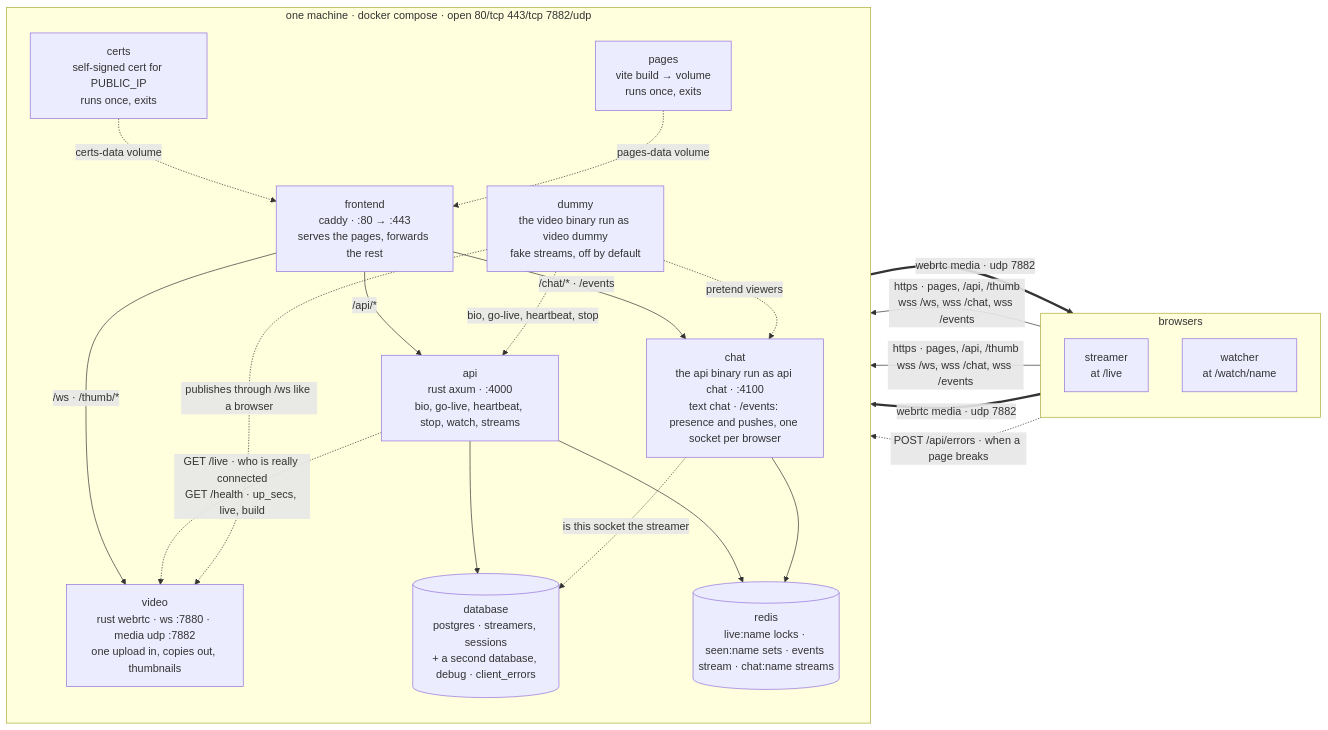
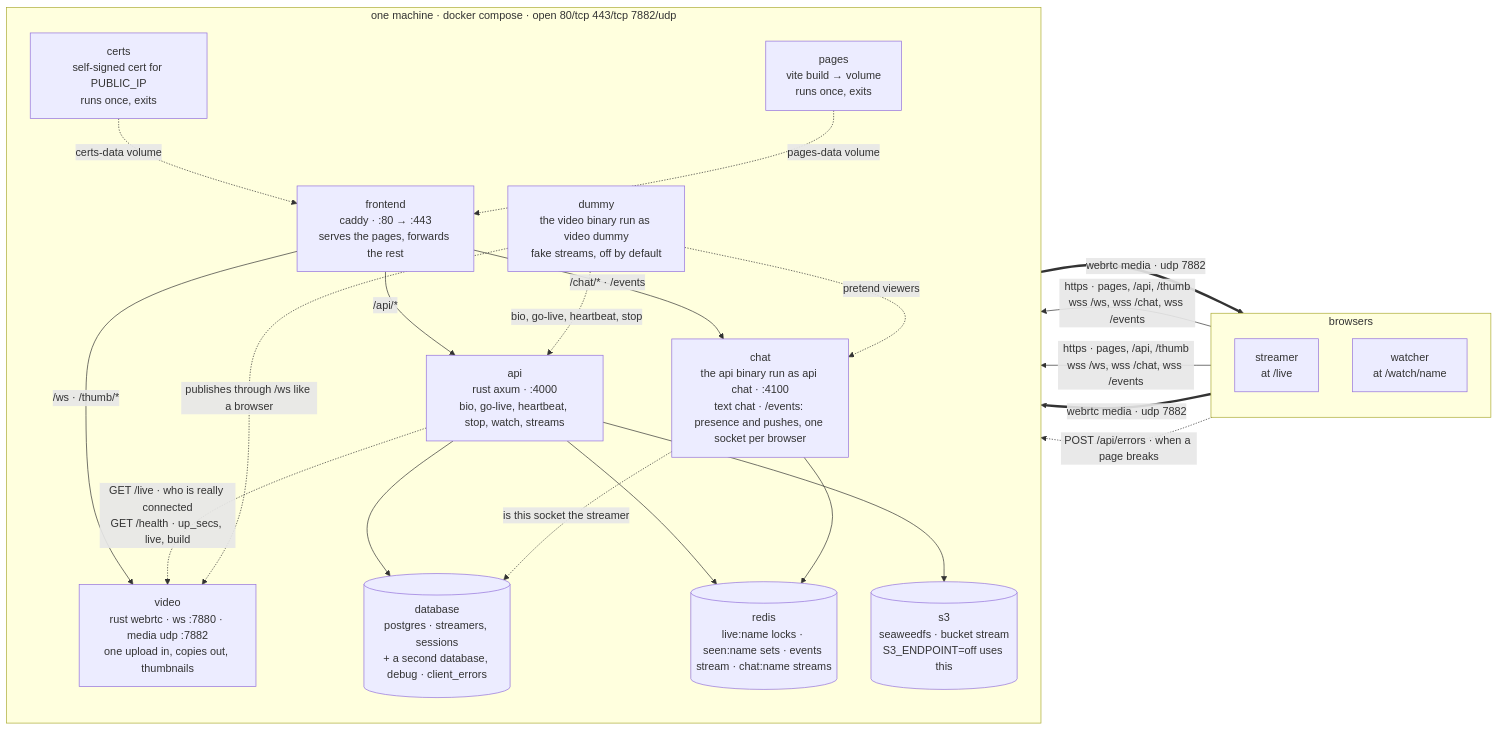
One commit to ZeroNerodaHero/slop-stream-architecture changed the first of 10 diagrams in docs/architecture-picture.md. Above: the diagram before and after it, drawn with Mermaid. The commit also changed 29 other files, not shown here.

````diff
--- a/docs/architecture-picture.md
+++ b/docs/architecture-picture.md
@@ -7,44 +7,46 @@
 ```mermaid
 flowchart LR
   subgraph people["browsers"]
     direction TB
     streamer["streamer<br/>at /live"]
     watcher["watcher<br/>at /watch/name"]
   end
 
   subgraph box["one machine · docker compose · open 80/tcp 443/tcp 7882/udp"]
     direction TB
     frontend["frontend<br/>caddy · :80 → :443<br/>serves the pages, forwards the rest"]
     api["api<br/>rust axum · :4000<br/>bio, go-live, heartbeat, stop, watch, streams"]
     chat["chat<br/>the api binary run as api chat · :4100<br/>text chat · /events: presence and pushes, one socket per browser"]
     video["video<br/>rust webrtc · ws :7880 · media udp :7882<br/>one upload in, copies out, thumbnails"]
     database[("database<br/>postgres · streamers, sessions<br/>+ a second database, debug · client_errors")]
     redis[("redis<br/>live:name locks · seen:name sets · events stream · chat:name streams")]
+    s3[("s3<br/>seaweedfs · bucket stream<br/>S3_ENDPOINT=off uses this")]
     dummy["dummy<br/>the video binary run as video dummy<br/>fake streams, off by default"]
     certs["certs<br/>self-signed cert for PUBLIC_IP<br/>runs once, exits"]
     pages["pages<br/>vite build → volume<br/>runs once, exits"]
   end
 
   streamer -->|"https · pages, /api, /thumb<br/>wss /ws, wss /chat, wss /events"| frontend
   watcher -->|"https · pages, /api, /thumb<br/>wss /ws, wss /chat, wss /events"| frontend
   streamer ==>|"webrtc media · udp 7882"| video
   video ==>|"webrtc media · udp 7882"| watcher
 
   frontend -->|"/api/*"| api
   frontend -->|"/ws · /thumb/*"| video
   frontend -->|"/chat/* · /events"| chat
 
   api --> database
   api --> redis
+  api --> s3
   api -.->|"GET /live · who is really connected<br/>GET /health · up_secs, live, build"| video
   streamer -.->|"POST /api/errors · when a page breaks"| frontend
   chat --> redis
   chat -.->|"is this socket the streamer"| database
 
   dummy -.->|"publishes through /ws like a browser"| video
   dummy -.->|"bio, go-live, heartbeat, stop"| api
   dummy -.->|"pretend viewers"| chat
 
   certs -.->|"certs-data volume"| frontend
   pages -.->|"pages-data volume"| frontend
 ```
````
